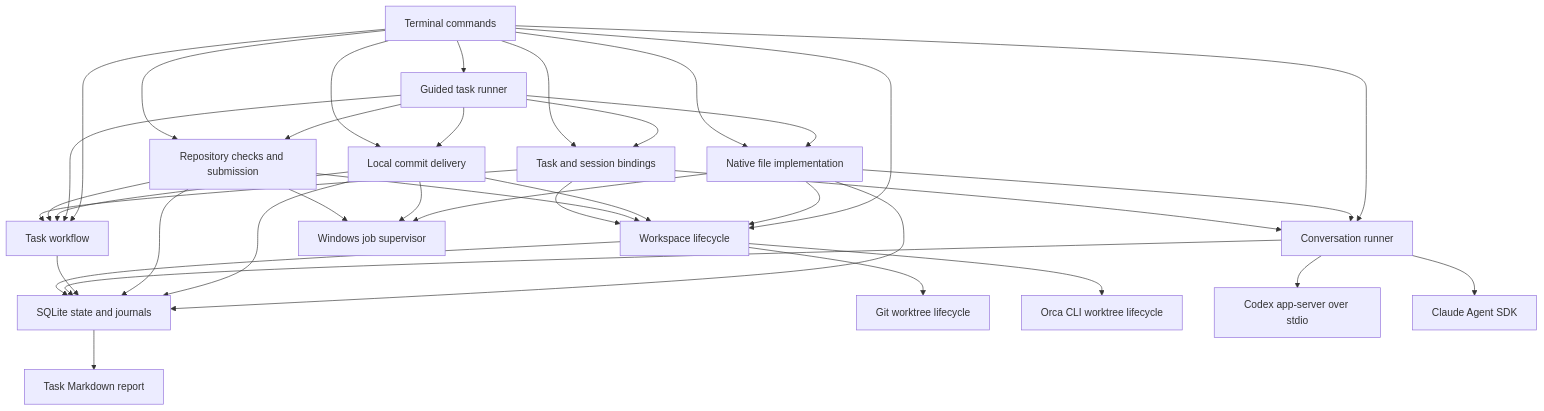
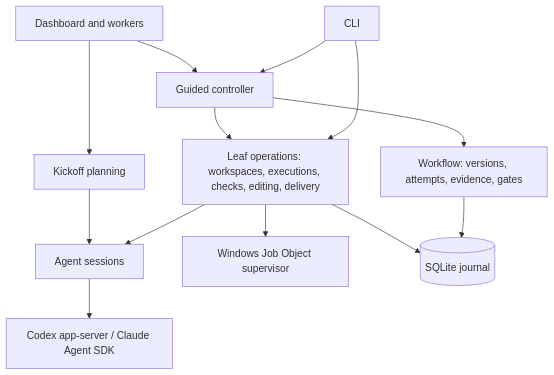
The diagram in docs/ARCHITECTURE.md (jazzonaut/grampus), drawn with Mermaid before and after one commit. The commit also changed other lines of this file and 18 other files, not shown here.

````diff
--- a/docs/ARCHITECTURE.md
+++ b/docs/ARCHITECTURE.md
@@ -118,39 +29,12 @@
 ```mermaid
 flowchart TD
-    CLI[Terminal commands] --> Workflow[Task workflow]
-    CLI --> Guided[Guided task runner]
-    Guided --> Workflow
-    Guided --> Executions
-    Guided --> Checks
-    Guided --> Deliveries
-    Guided --> Implementations
-    CLI --> Sessions[Conversation runner]
-    CLI --> Workspaces[Workspace lifecycle]
-    CLI --> Executions[Task and session bindings]
-    CLI --> Checks[Repository checks and submission]
-    CLI --> Deliveries[Local commit delivery]
-    CLI --> Implementations[Native file implementation]
-    Implementations --> Store
-    Implementations --> Sessions
-    Implementations --> Workspaces
-    Implementations --> Job
-    Deliveries --> Store
-    Deliveries --> Workspaces
-    Deliveries --> Workflow
-    Deliveries --> Job
-    Checks --> Workspaces
-    Checks --> Workflow
-    Checks --> Store
-    Checks --> Job[Windows job supervisor]
-    Executions --> Workflow
-    Executions --> Sessions
-    Executions --> Workspaces
-    Workflow --> Store[SQLite state and journals]
-    Sessions --> Store
-    Workspaces --> Store
-    Workspaces --> Git[Git worktree lifecycle]
-    Workspaces --> Orca[Orca CLI worktree lifecycle]
-    Sessions --> Codex[Codex app-server over stdio]
-    Sessions --> Claude[Claude Agent SDK]
-    Store --> Report[Task Markdown report]
+    UI[Dashboard and workers] --> Kickoff[Kickoff planning] --> Sessions
+    UI --> Guided[Guided controller]
+    CLI --> Guided --> Leaf[Leaf operations: workspaces, executions, checks, editing, delivery]
+    CLI --> Leaf
+    Leaf --> Sessions[Agent sessions] --> Providers[Codex app-server / Claude Agent SDK]
+    Leaf --> Supervisor[Windows Job Object supervisor]
+    Guided --> Workflow[Workflow: versions, attempts, evidence, gates]
+    Leaf --> Store[(SQLite journal)]
+    Workflow --> Store
 ```
````
